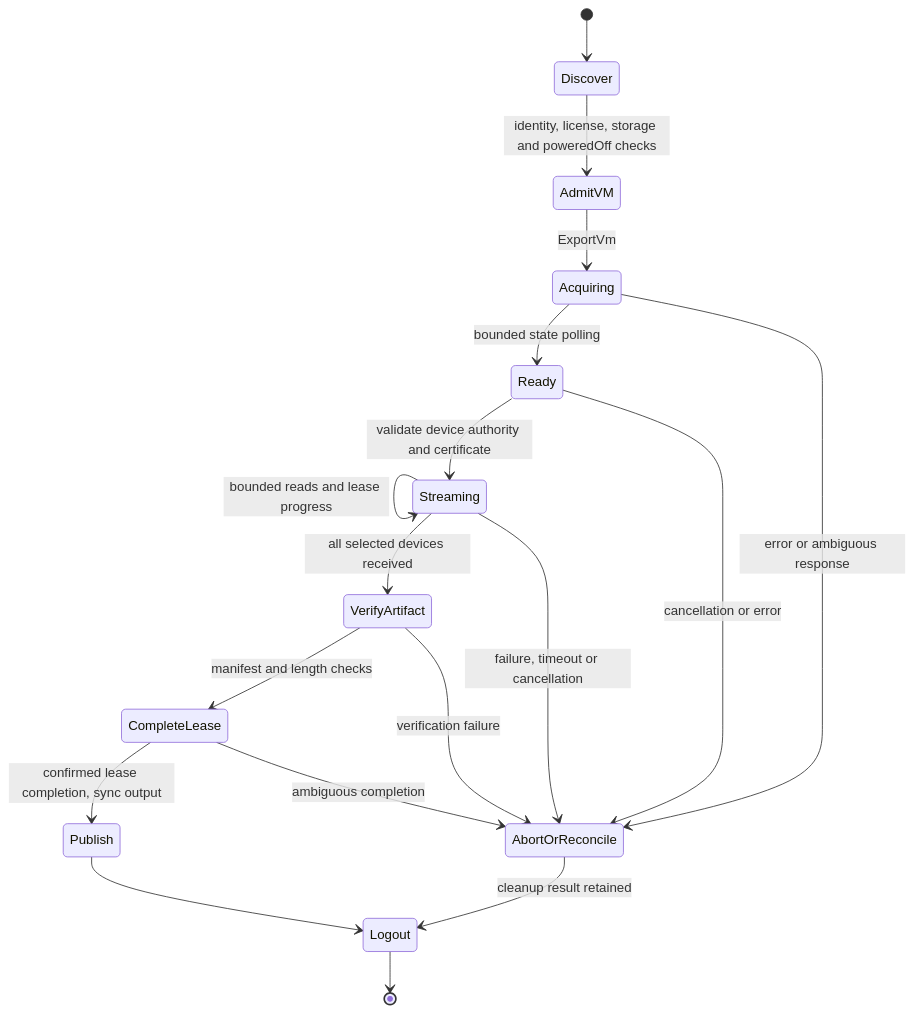
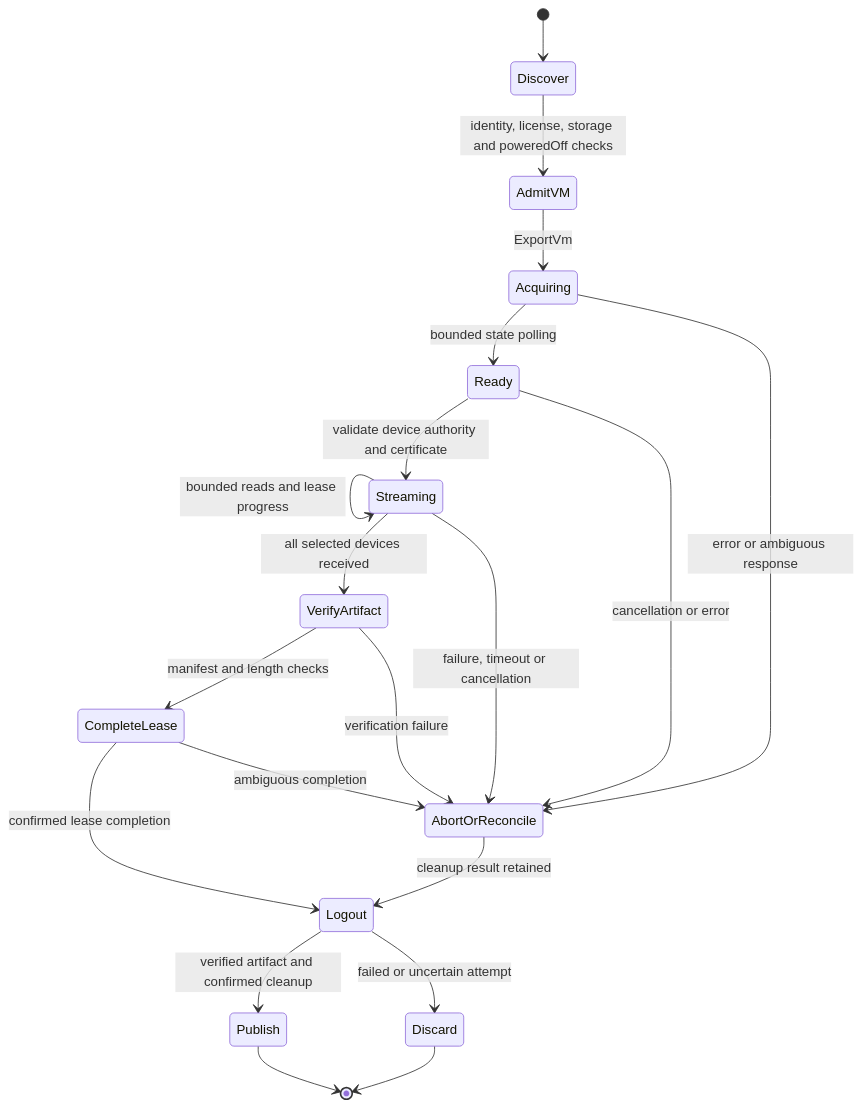
The diagram in docs/vmware-access-plan.md (arencloud/rvvdk), drawn with Mermaid before and after one commit. The commit also changed other lines of this file and 53 other files, not shown here.

````diff
--- a/docs/vmware-access-plan.md
+++ b/docs/vmware-access-plan.md
@@ -143,20 +143,22 @@
 ```mermaid
 stateDiagram-v2
     [*] --> Discover
     Discover --> AdmitVM: identity, license, storage and poweredOff checks
     AdmitVM --> Acquiring: ExportVm
     Acquiring --> Ready: bounded state polling
     Ready --> Streaming: validate device authority and certificate
     Streaming --> Streaming: bounded reads and lease progress
     Streaming --> VerifyArtifact: all selected devices received
     VerifyArtifact --> CompleteLease: manifest and length checks
-    CompleteLease --> Publish: confirmed lease completion, sync output
-    Publish --> Logout
+    CompleteLease --> Logout: confirmed lease completion
     Acquiring --> AbortOrReconcile: error or ambiguous response
     Ready --> AbortOrReconcile: cancellation or error
     Streaming --> AbortOrReconcile: failure, timeout or cancellation
     VerifyArtifact --> AbortOrReconcile: verification failure
     CompleteLease --> AbortOrReconcile: ambiguous completion
     AbortOrReconcile --> Logout: cleanup result retained
-    Logout --> [*]
+    Logout --> Publish: verified artifact and confirmed cleanup
+    Logout --> Discard: failed or uncertain attempt
+    Publish --> [*]
+    Discard --> [*]
 ```
````
